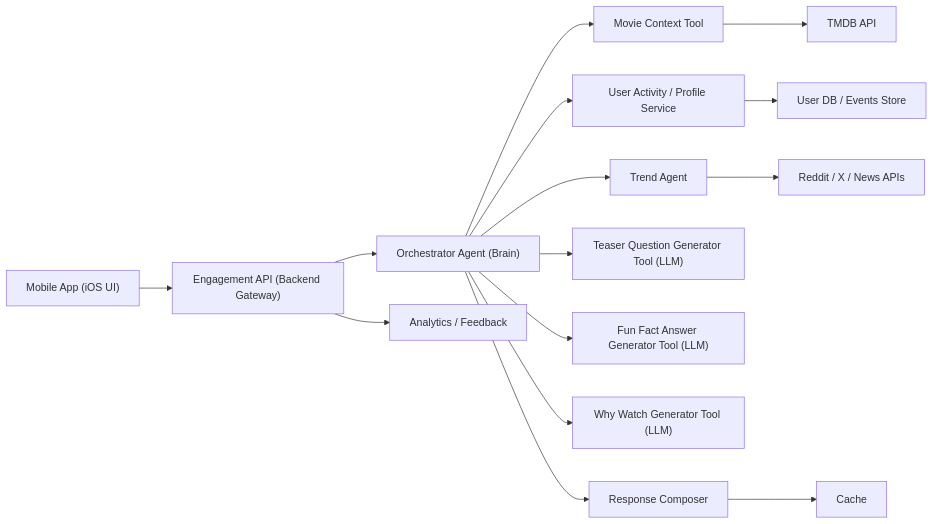
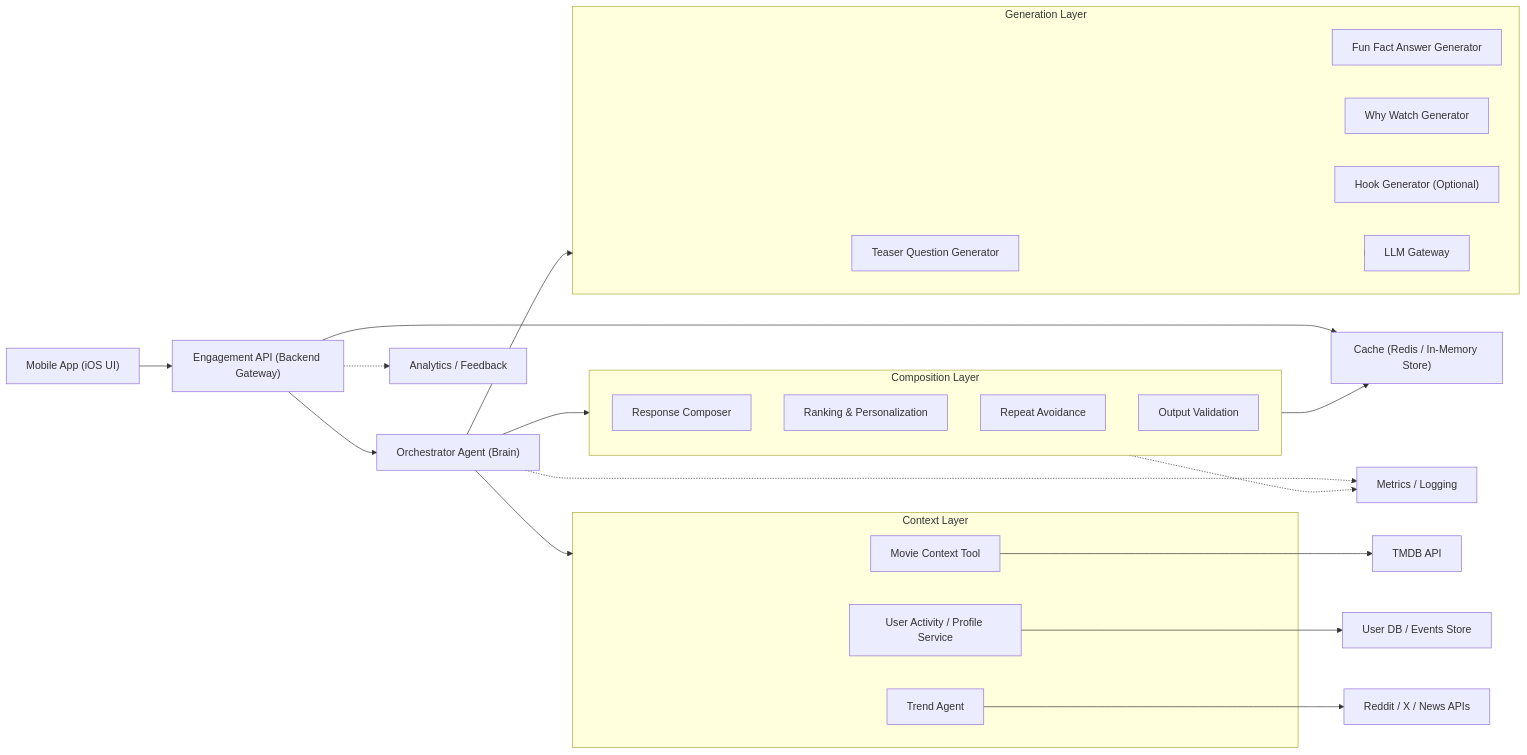
The first of 3 diagrams in docs/tech-spec/engagement-agent-solution-design-v1.0.0.md (kyawmyintthein/cortex-cinema), drawn with Mermaid before and after one commit. The commit also changed other lines of this file, not shown here.

````diff
--- a/docs/tech-spec/engagement-agent-solution-design-v1.0.0.md
+++ b/docs/tech-spec/engagement-agent-solution-design-v1.0.0.md
@@ -62,39 +116,51 @@
 ```mermaid
 flowchart LR
     A["Mobile App (iOS UI)"]
 
     B["Engagement API (Backend Gateway)"]
     C["Orchestrator Agent (Brain)"]
 
-    D["Movie Context Tool"]
-    E["User Activity / Profile Service"]
-    F["Trend Agent"]
+    subgraph CONTEXT ["Context Layer"]
+        D["Movie Context Tool"]
+        E["User Activity / Profile Service"]
+        F["Trend Agent"]
+    end
 
-    G["Teaser Question Generator Tool (LLM)"]
-    H["Fun Fact Answer Generator Tool (LLM)"]
-    I["Why Watch Generator Tool (LLM)"]
+    subgraph GENERATION ["Generation Layer"]
+        G["Teaser Question Generator"]
+        H["Fun Fact Answer Generator"]
+        I["Why Watch Generator"]
+        I1["Hook Generator (Optional)"]
+        T["LLM Gateway"]
+    end
 
-    J["Response Composer"]
-    K["Cache"]
-    L["Analytics / Feedback"]
+    subgraph COMPOSITION ["Composition Layer"]
+        J["Response Composer"]
+        J1["Ranking & Personalization"]
+        J2["Repeat Avoidance"]
+        J3["Output Validation"]
+    end
+
+    K["Cache (Redis / In-Memory Store)"]
+    L["Metrics / Logging"]
+    M1["Analytics / Feedback"]
 
     A --> B
+    B --> K
     B --> C
 
-    C --> D
-    C --> E
-    C --> F
+    C --> CONTEXT
+    C --> GENERATION
+    C --> COMPOSITION
 
-    C --> G
-    C --> H
-    C --> I
+    GENERATION --> T
+    COMPOSITION --> K
 
-    C --> J
-    J --> K
-
-    B --> L
+    C -.-> L
+    COMPOSITION -.-> L
+    B -.-> M1
 
     D --> M["TMDB API"]
     E --> N["User DB / Events Store"]
     F --> O["Reddit / X / News APIs"]
 ```
````
